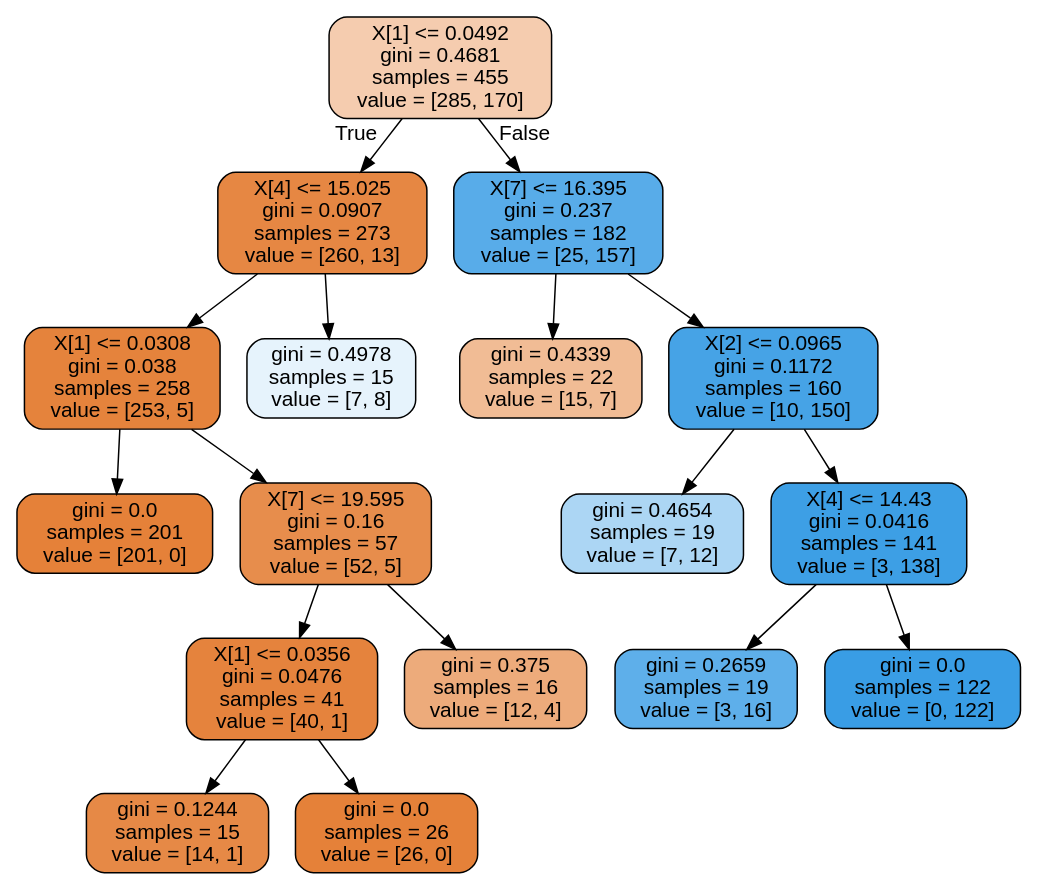
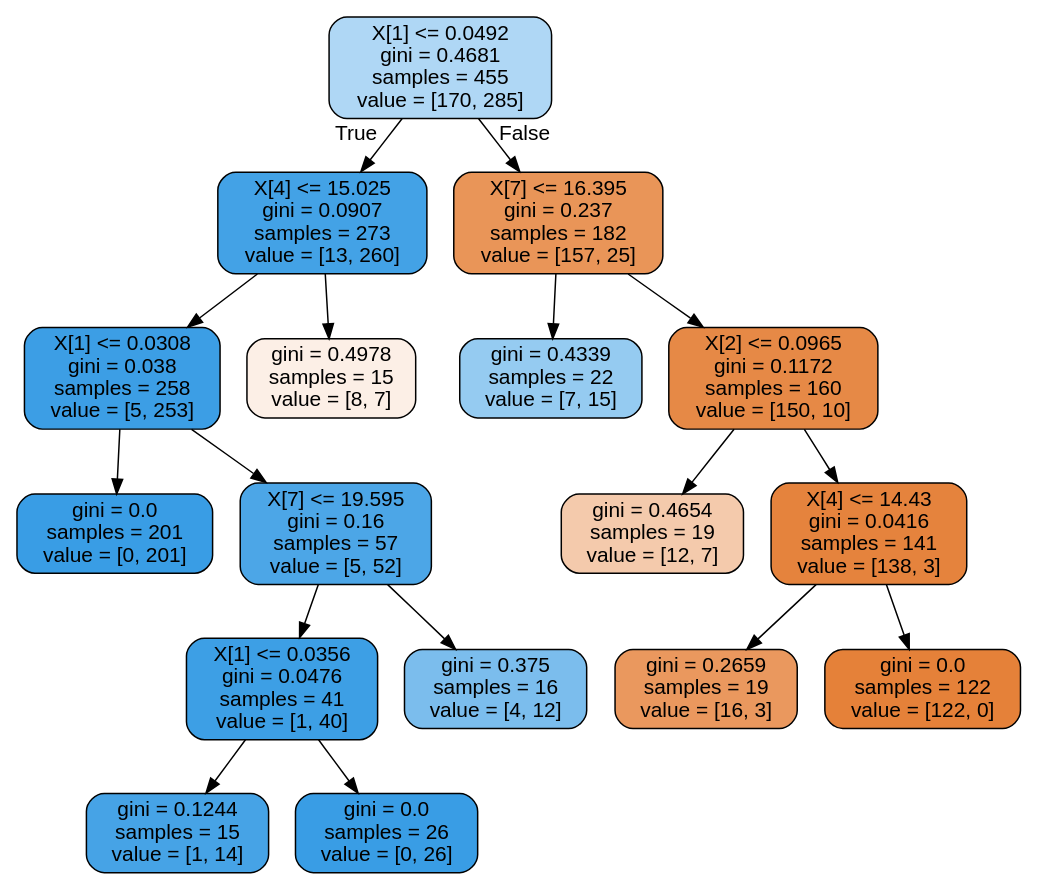
Before and after one commit to rubywood/wdbc: the diagram in tree.dot, drawn with Graphviz. The commit also changed 3 other files, not shown here.

```diff
--- a/tree.dot
+++ b/tree.dot
@@ -1,37 +1,37 @@
 digraph Tree {
 node [shape=box, style="filled, rounded", color="black", fontname=helvetica] ;
 edge [fontname=helvetica] ;
-0 [label="X[1] <= 0.0492\ngini = 0.4681\nsamples = 455\nvalue = [285, 170]", fillcolor="#e5813967"] ;
-1 [label="X[4] <= 15.025\ngini = 0.0907\nsamples = 273\nvalue = [260, 13]", fillcolor="#e58139f2"] ;
+0 [label="X[1] <= 0.0492\ngini = 0.4681\nsamples = 455\nvalue = [170, 285]", fillcolor="#399de567"] ;
+1 [label="X[4] <= 15.025\ngini = 0.0907\nsamples = 273\nvalue = [13, 260]", fillcolor="#399de5f2"] ;
 0 -> 1 [labeldistance=2.5, labelangle=45, headlabel="True"] ;
-2 [label="X[1] <= 0.0308\ngini = 0.038\nsamples = 258\nvalue = [253, 5]", fillcolor="#e58139fa"] ;
+2 [label="X[1] <= 0.0308\ngini = 0.038\nsamples = 258\nvalue = [5, 253]", fillcolor="#399de5fa"] ;
 1 -> 2 ;
-3 [label="gini = 0.0\nsamples = 201\nvalue = [201, 0]", fillcolor="#e58139ff"] ;
+3 [label="gini = 0.0\nsamples = 201\nvalue = [0, 201]", fillcolor="#399de5ff"] ;
 2 -> 3 ;
-4 [label="X[7] <= 19.595\ngini = 0.16\nsamples = 57\nvalue = [52, 5]", fillcolor="#e58139e6"] ;
+4 [label="X[7] <= 19.595\ngini = 0.16\nsamples = 57\nvalue = [5, 52]", fillcolor="#399de5e6"] ;
 2 -> 4 ;
-5 [label="X[1] <= 0.0356\ngini = 0.0476\nsamples = 41\nvalue = [40, 1]", fillcolor="#e58139f9"] ;
+5 [label="X[1] <= 0.0356\ngini = 0.0476\nsamples = 41\nvalue = [1, 40]", fillcolor="#399de5f9"] ;
 4 -> 5 ;
-6 [label="gini = 0.1244\nsamples = 15\nvalue = [14, 1]", fillcolor="#e58139ed"] ;
+6 [label="gini = 0.1244\nsamples = 15\nvalue = [1, 14]", fillcolor="#399de5ed"] ;
 5 -> 6 ;
-7 [label="gini = 0.0\nsamples = 26\nvalue = [26, 0]", fillcolor="#e58139ff"] ;
+7 [label="gini = 0.0\nsamples = 26\nvalue = [0, 26]", fillcolor="#399de5ff"] ;
 5 -> 7 ;
-8 [label="gini = 0.375\nsamples = 16\nvalue = [12, 4]", fillcolor="#e58139aa"] ;
+8 [label="gini = 0.375\nsamples = 16\nvalue = [4, 12]", fillcolor="#399de5aa"] ;
 4 -> 8 ;
-9 [label="gini = 0.4978\nsamples = 15\nvalue = [7, 8]", fillcolor="#399de520"] ;
+9 [label="gini = 0.4978\nsamples = 15\nvalue = [8, 7]", fillcolor="#e5813920"] ;
 1 -> 9 ;
-10 [label="X[7] <= 16.395\ngini = 0.237\nsamples = 182\nvalue = [25, 157]", fillcolor="#399de5d6"] ;
+10 [label="X[7] <= 16.395\ngini = 0.237\nsamples = 182\nvalue = [157, 25]", fillcolor="#e58139d6"] ;
 0 -> 10 [labeldistance=2.5, labelangle=-45, headlabel="False"] ;
-11 [label="gini = 0.4339\nsamples = 22\nvalue = [15, 7]", fillcolor="#e5813988"] ;
+11 [label="gini = 0.4339\nsamples = 22\nvalue = [7, 15]", fillcolor="#399de588"] ;
 10 -> 11 ;
-12 [label="X[2] <= 0.0965\ngini = 0.1172\nsamples = 160\nvalue = [10, 150]", fillcolor="#399de5ee"] ;
+12 [label="X[2] <= 0.0965\ngini = 0.1172\nsamples = 160\nvalue = [150, 10]", fillcolor="#e58139ee"] ;
 10 -> 12 ;
-13 [label="gini = 0.4654\nsamples = 19\nvalue = [7, 12]", fillcolor="#399de56a"] ;
+13 [label="gini = 0.4654\nsamples = 19\nvalue = [12, 7]", fillcolor="#e581396a"] ;
 12 -> 13 ;
-14 [label="X[4] <= 14.43\ngini = 0.0416\nsamples = 141\nvalue = [3, 138]", fillcolor="#399de5f9"] ;
+14 [label="X[4] <= 14.43\ngini = 0.0416\nsamples = 141\nvalue = [138, 3]", fillcolor="#e58139f9"] ;
 12 -> 14 ;
-15 [label="gini = 0.2659\nsamples = 19\nvalue = [3, 16]", fillcolor="#399de5cf"] ;
+15 [label="gini = 0.2659\nsamples = 19\nvalue = [16, 3]", fillcolor="#e58139cf"] ;
 14 -> 15 ;
-16 [label="gini = 0.0\nsamples = 122\nvalue = [0, 122]", fillcolor="#399de5ff"] ;
+16 [label="gini = 0.0\nsamples = 122\nvalue = [122, 0]", fillcolor="#e58139ff"] ;
 14 -> 16 ;
 }
```
